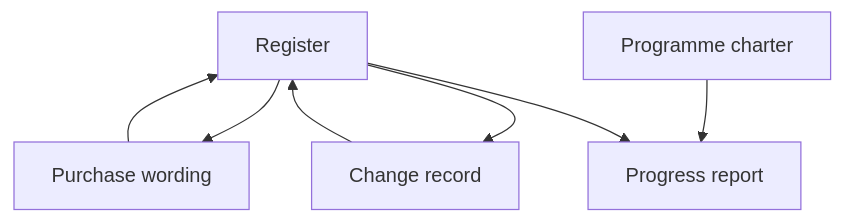
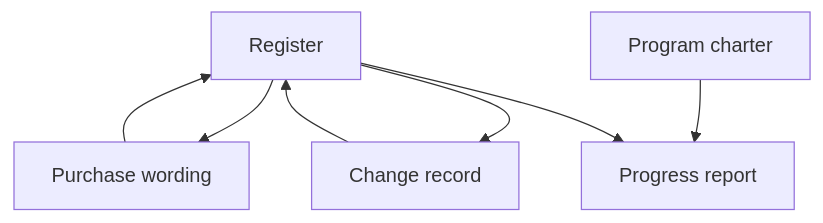
The diagram in docs/templates/records/index.md (pqc-community/handbook), drawn with Mermaid before and after one commit. The commit also changed other lines of this file and 196 other files, not shown here.

````diff
--- a/docs/templates/records/index.md
+++ b/docs/templates/records/index.md
@@ -25,9 +25,9 @@
 ```mermaid
 flowchart TD
     REG[Register] --> PW[Purchase wording]
     PW --> REG
     REG --> CR[Change record]
     CR --> REG
-    CH[Programme charter] --> REP[Progress report]
+    CH[Program charter] --> REP[Progress report]
     REG --> REP
 ```
````
